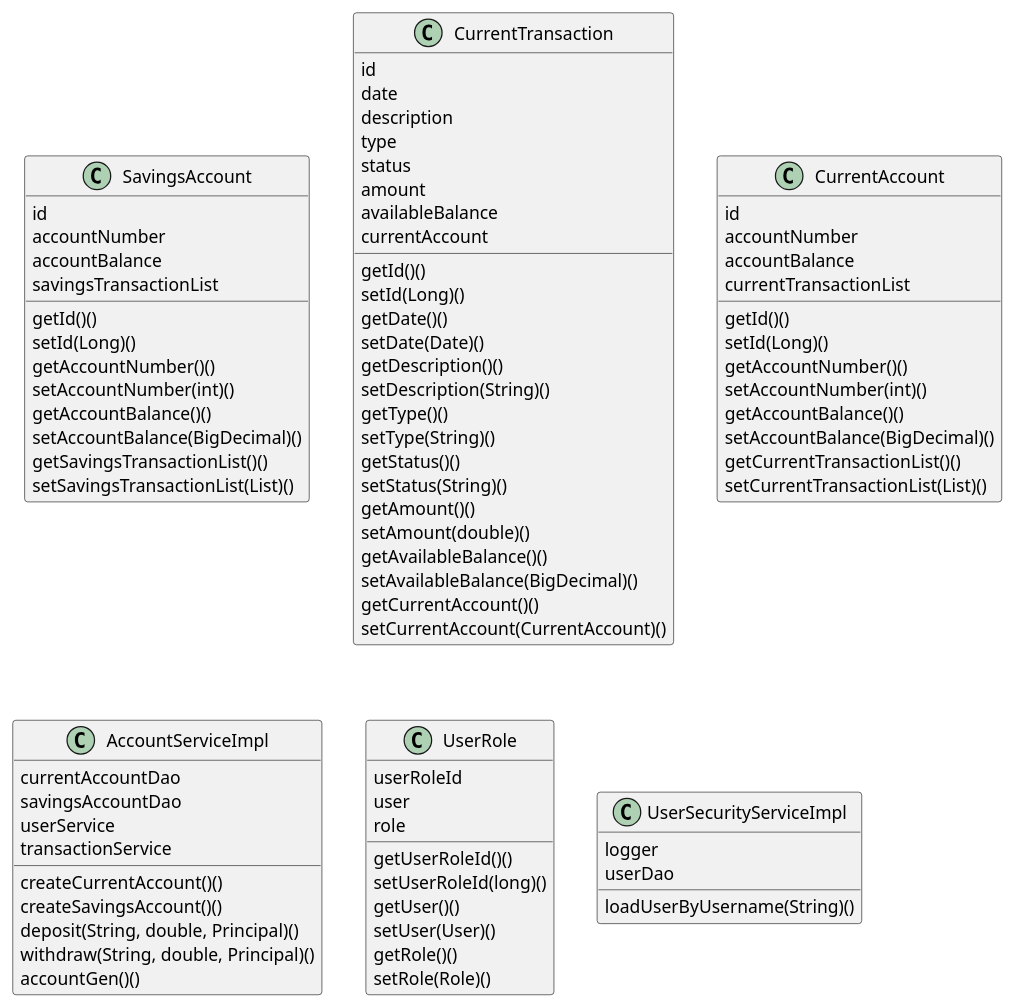
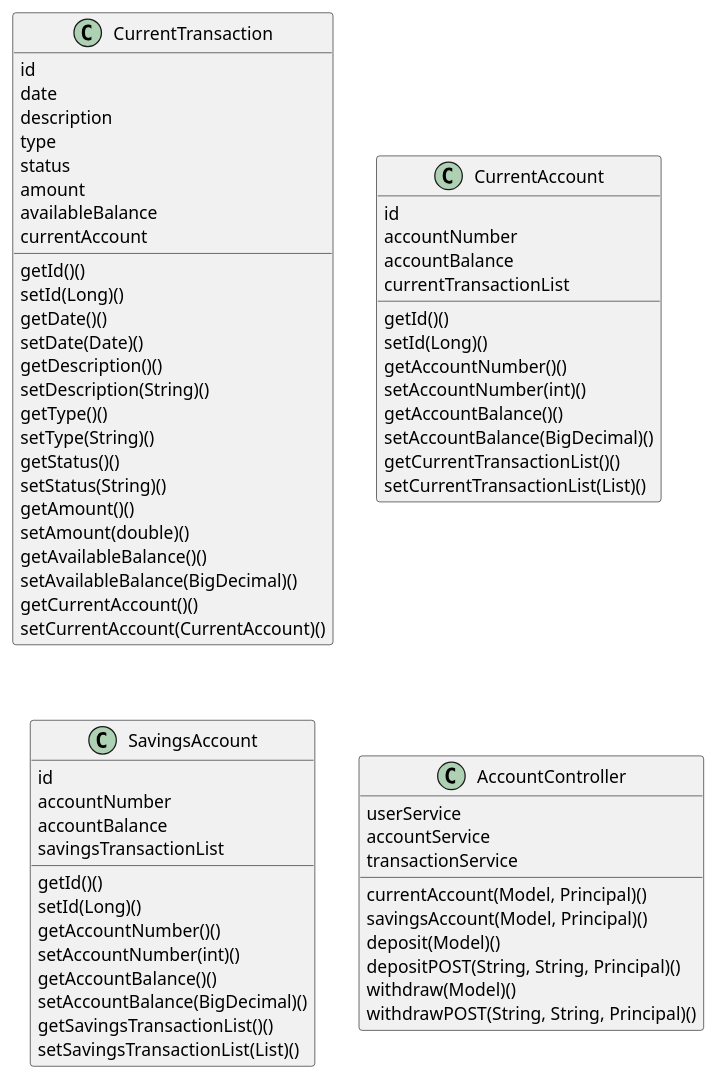
Before and after one commit to IbrahimOued/reverse-engineering-domain-concepts-from-code-using-llms: the diagram in artifacts/class_diagrams/retail-banking.puml, drawn with PlantUML. The commit also changed other lines of this file and 35 other files, not shown here.

```diff
--- a/artifacts/class_diagrams/retail-banking.puml
+++ b/artifacts/class_diagrams/retail-banking.puml
@@ -104,83 +1,67 @@
 @startuml
-class SavingsAccount {
-  id
-  accountNumber
-  accountBalance
-  savingsTransactionList
-  getId()()
-  setId(Long)()
-  getAccountNumber()()
-  setAccountNumber(int)()
-  getAccountBalance()()
-  setAccountBalance(BigDecimal)()
-  getSavingsTransactionList()()
-  setSavingsTransactionList(List)()
-}
 class CurrentTransaction {
   id
   date
   description
   type
   status
   amount
   availableBalance
   currentAccount
   getId()()
   setId(Long)()
   getDate()()
   setDate(Date)()
   getDescription()()
   setDescription(String)()
   getType()()
   setType(String)()
   getStatus()()
   setStatus(String)()
   getAmount()()
   setAmount(double)()
   getAvailableBalance()()
   setAvailableBalance(BigDecimal)()
   getCurrentAccount()()
   setCurrentAccount(CurrentAccount)()
 }
 class CurrentAccount {
   id
   accountNumber
   accountBalance
   currentTransactionList
   getId()()
   setId(Long)()
   getAccountNumber()()
   setAccountNumber(int)()
   getAccountBalance()()
   setAccountBalance(BigDecimal)()
   getCurrentTransactionList()()
   setCurrentTransactionList(List)()
 }
-class AccountServiceImpl {
-  currentAccountDao
-  savingsAccountDao
+class SavingsAccount {
+  id
+  accountNumber
+  accountBalance
+  savingsTransactionList
+  getId()()
+  setId(Long)()
+  getAccountNumber()()
+  setAccountNumber(int)()
+  getAccountBalance()()
+  setAccountBalance(BigDecimal)()
+  getSavingsTransactionList()()
+  setSavingsTransactionList(List)()
+}
+class AccountController {
   userService
+  accountService
   transactionService
-  createCurrentAccount()()
-  createSavingsAccount()()
-  deposit(String, double, Principal)()
-  withdraw(String, double, Principal)()
-  accountGen()()
-}
-class UserRole {
-  userRoleId
-  user
-  role
-  getUserRoleId()()
-  setUserRoleId(long)()
-  getUser()()
-  setUser(User)()
-  getRole()()
-  setRole(Role)()
-}
-class UserSecurityServiceImpl {
-  logger
-  userDao
-  loadUserByUsername(String)()
+  currentAccount(Model, Principal)()
+  savingsAccount(Model, Principal)()
+  deposit(Model)()
+  depositPOST(String, String, Principal)()
+  withdraw(Model)()
+  withdrawPOST(String, String, Principal)()
 }
 @enduml
```
